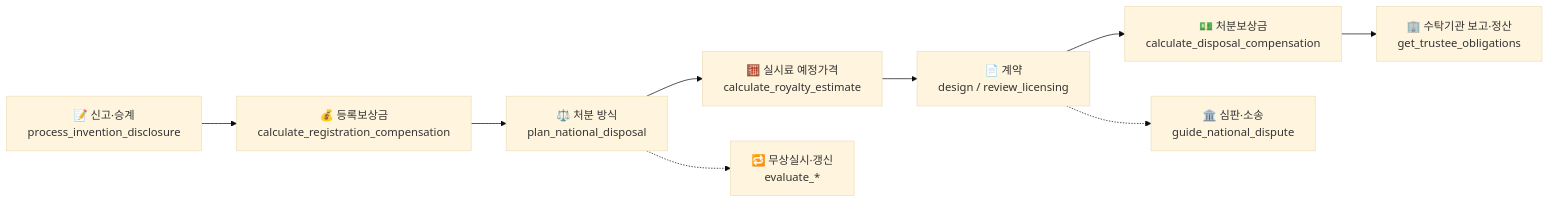
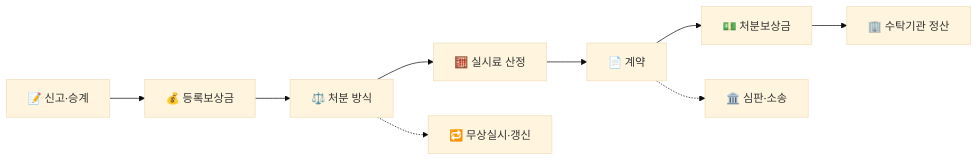
The diagram in README.md (kimjs3176-prog/patent-law-mcp), drawn with Mermaid (base theme) before and after one commit. The commit also changed other lines of this file, not shown here.

````diff
--- a/README.md
+++ b/README.md
@@ -44,11 +44,7 @@
 ```mermaid
 flowchart LR
-    A["📝 신고·승계<br/>process_invention_disclosure"] --> B["💰 등록보상금<br/>calculate_registration_compensation"]
-    B --> C["⚖️ 처분 방식<br/>plan_national_disposal"]
-    C --> D["🧮 실시료 예정가격<br/>calculate_royalty_estimate"]
-    D --> E["📄 계약<br/>design / review_licensing"]
-    E --> F["💵 처분보상금<br/>calculate_disposal_compensation"]
-    F --> G["🏢 수탁기관 보고·정산<br/>get_trustee_obligations"]
-    C -.-> H["🔁 무상실시·갱신<br/>evaluate_*"]
-    E -.-> I["🏛️ 심판·소송<br/>guide_national_dispute"]
+    A["📝 신고·승계"] --> B["💰 등록보상금"] --> C["⚖️ 처분 방식"] --> D["🧮 실시료 산정"]
+    D --> E["📄 계약"] --> F["💵 처분보상금"] --> G["🏢 수탁기관 정산"]
+    C -.-> H["🔁 무상실시·갱신"]
+    E -.-> I["🏛️ 심판·소송"]
 ```
````
